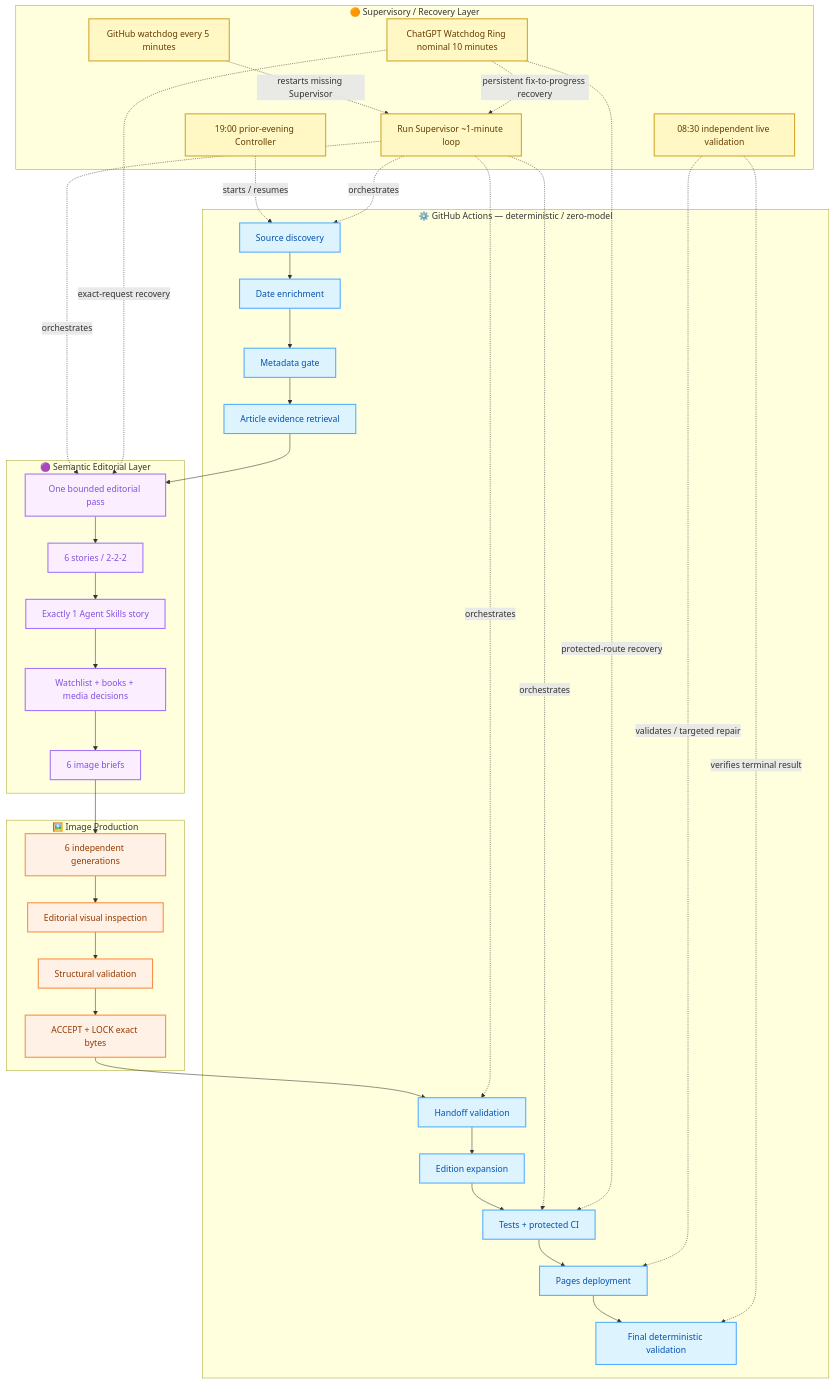
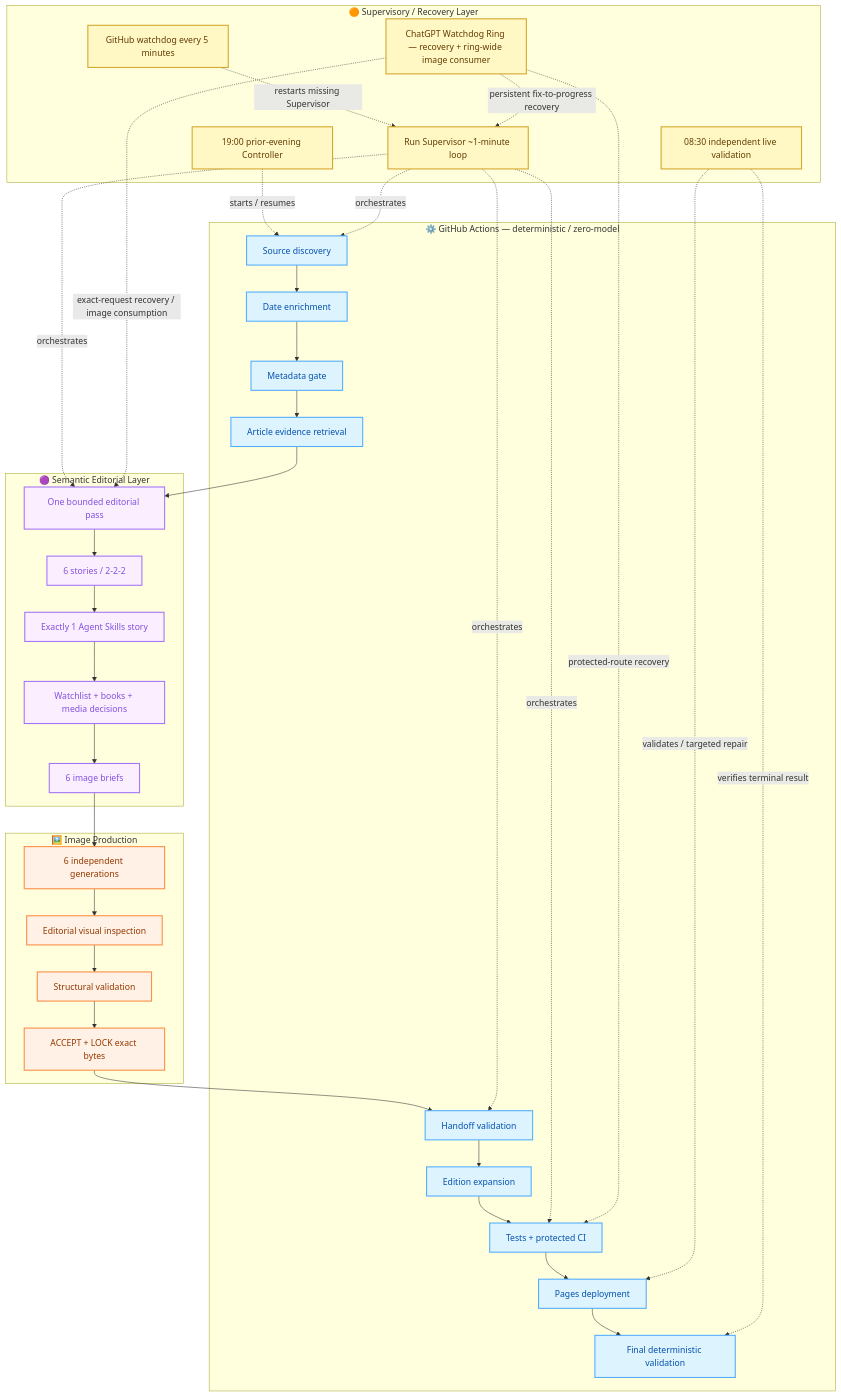
The third of 9 diagrams in docs/operations/LIVING-SYSTEM-OPERATIONS.md (gttome/Daily-AI-Brief), drawn with Mermaid before and after one commit. The commit also changed other lines of this file, not shown here.

Commit message:
Document equal-slot image coverage in living operations

````diff
--- a/docs/operations/LIVING-SYSTEM-OPERATIONS.md
+++ b/docs/operations/LIVING-SYSTEM-OPERATIONS.md
@@ -371,64 +371,64 @@
 ```mermaid
 flowchart TB
     subgraph GA["⚙️ GitHub Actions — deterministic / zero-model"]
       G1["Source discovery"]
       G2["Date enrichment"]
       G3["Metadata gate"]
       G4["Article evidence retrieval"]
       G5["Handoff validation"]
       G6["Edition expansion"]
       G7["Tests + protected CI"]
       G8["Pages deployment"]
       G9["Final deterministic validation"]
     end
 
     subgraph SEM["🟣 Semantic Editorial Layer"]
       S1["One bounded editorial pass"]
       S2["6 stories / 2-2-2"]
       S3["Exactly 1 Agent Skills story"]
       S4["Watchlist + books + media decisions"]
       S5["6 image briefs"]
     end
 
     subgraph IMG["🖼️ Image Production"]
       I1["6 independent generations"]
       I2["Editorial visual inspection"]
       I3["Structural validation"]
       I4["ACCEPT + LOCK exact bytes"]
     end
 
     subgraph SUP["🟠 Supervisory / Recovery Layer"]
       R1["19:00 prior-evening Controller"]
       R2["Run Supervisor ~1-minute loop"]
       R3["GitHub watchdog every 5 minutes"]
-      R4["ChatGPT Watchdog Ring nominal 10 minutes"]
+      R4["ChatGPT Watchdog Ring — recovery + ring-wide image consumer"]
       R5["08:30 independent live validation"]
     end
 
     G1 --> G2 --> G3 --> G4 --> S1
     S1 --> S2 --> S3 --> S4 --> S5 --> I1
     I1 --> I2 --> I3 --> I4 --> G5
     G5 --> G6 --> G7 --> G8 --> G9
 
     R1 -. starts / resumes .-> G1
     R2 -. orchestrates .-> G1
     R2 -. orchestrates .-> S1
     R2 -. orchestrates .-> G5
     R2 -. orchestrates .-> G7
     R3 -. restarts missing Supervisor .-> R2
     R4 -. persistent fix-to-progress recovery .-> R2
-    R4 -. exact-request recovery .-> S1
+    R4 -. exact-request recovery / image consumption .-> S1
     R4 -. protected-route recovery .-> G7
     R5 -. validates / targeted repair .-> G8
     R5 -. verifies terminal result .-> G9
 
     classDef gh fill:#ddf4ff,color:#0550ae,stroke:#54aeff,stroke-width:2px;
     classDef sem fill:#fbefff,color:#8250df,stroke:#a475f9,stroke-width:2px;
     classDef img fill:#fff1e5,color:#953800,stroke:#fb8f44,stroke-width:2px;
     classDef sup fill:#fff8c5,color:#633c01,stroke:#d4a72c,stroke-width:2px;
 
     class G1,G2,G3,G4,G5,G6,G7,G8,G9 gh;
     class S1,S2,S3,S4,S5 sem;
     class I1,I2,I3,I4 img;
     class R1,R2,R3,R4,R5 sup;
 ```
````
